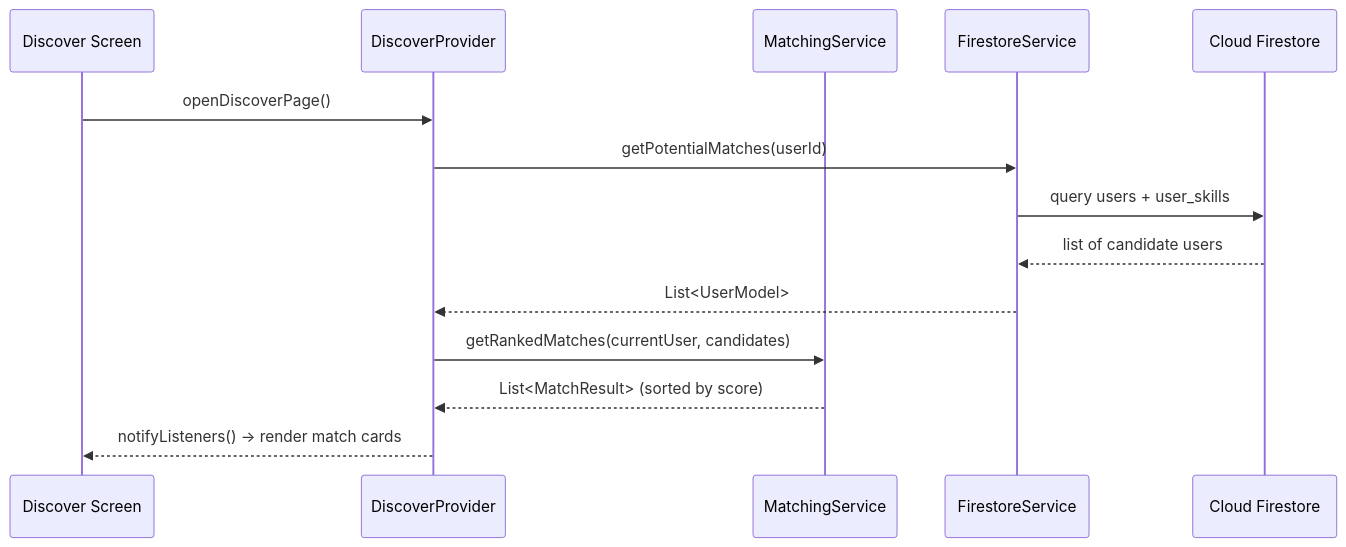
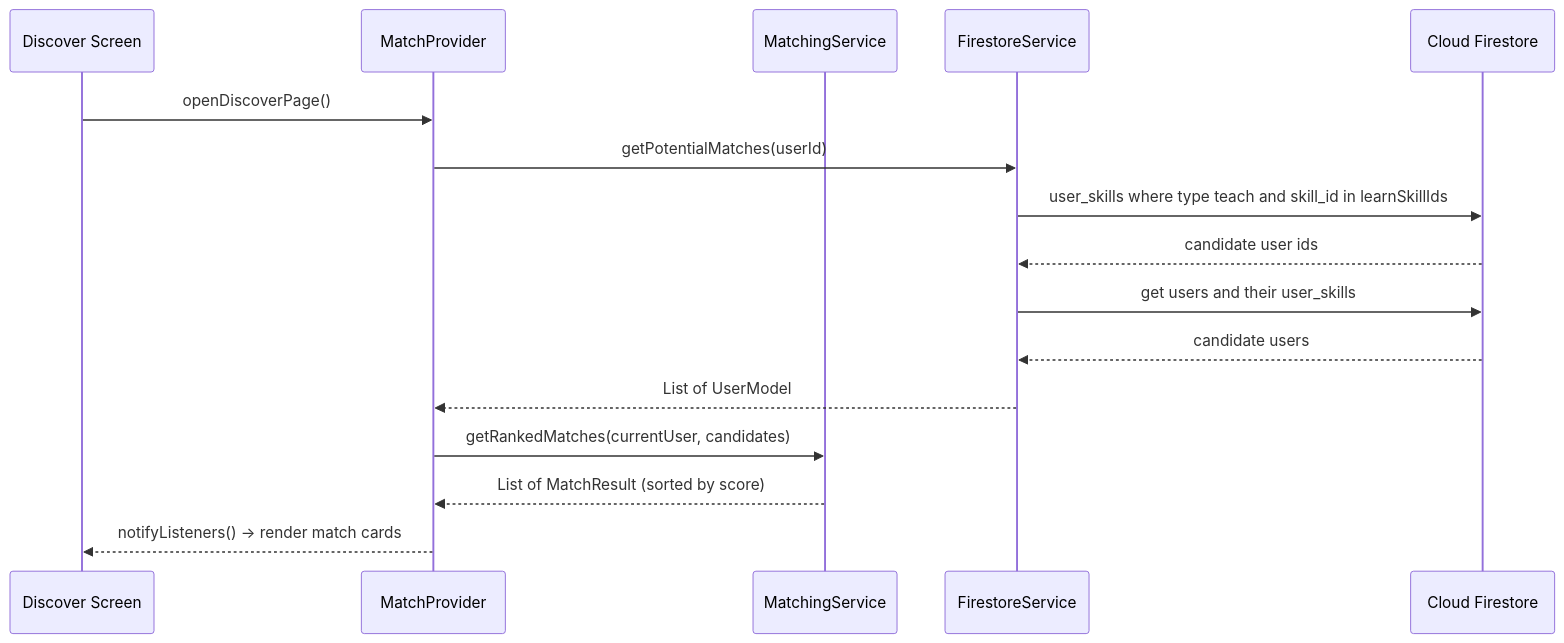
Before and after one commit to Gabriel1-05/SkillSwap: the third of 9 diagrams in Architecture.md, drawn with Mermaid. The commit also changed other lines of this file, not shown here.

````diff
--- a/Architecture.md
+++ b/Architecture.md
@@ -186,17 +271,19 @@
 ```mermaid
 sequenceDiagram
     participant UI as Discover Screen
-    participant P as DiscoverProvider
+    participant P as MatchProvider
     participant M as MatchingService
     participant F as FirestoreService
     participant DB as Cloud Firestore
 
     UI->>P: openDiscoverPage()
     P->>F: getPotentialMatches(userId)
-    F->>DB: query users + user_skills
-    DB-->>F: list of candidate users
-    F-->>P: List<UserModel>
+    F->>DB: user_skills where type teach and skill_id in learnSkillIds
+    DB-->>F: candidate user ids
+    F->>DB: get users and their user_skills
+    DB-->>F: candidate users
+    F-->>P: List of UserModel
     P->>M: getRankedMatches(currentUser, candidates)
-    M-->>P: List<MatchResult> (sorted by score)
+    M-->>P: List of MatchResult (sorted by score)
     P-->>UI: notifyListeners() -> render match cards
 ```
````
